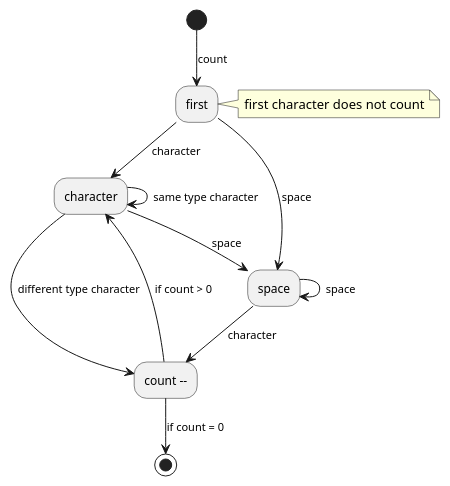
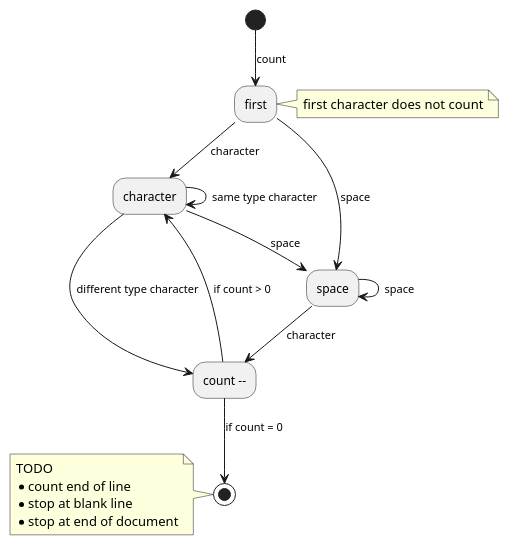
One commit to 74th/vscode-vim changed the diagram in src/motion/wordMorionStateModel/moveWord.plantuml. Above: the diagram before and after it, drawn with PlantUML. The commit also changed other lines of this file and 2 other files, not shown here.

```diff
--- a/src/motion/wordMorionStateModel/moveWord.plantuml
+++ b/src/motion/wordMorionStateModel/moveWord.plantuml
@@ -1,13 +1,19 @@
 @startuml
 (*) --> [count] first
 note right: first character does not count
 first --> [character] character
 first --> [space] space
 character --> [same type character] character
 character --> [space] space
 character -down-> [different type character] "count --"
 space -down-> [character] "count --"
 space -> [space] space
 "count --" -up-> [if count > 0 ] character
 "count --" --> [if count = 0 ] (*)
+note left
+TODO
+* count end of line
+* stop at blank line
+* stop at end of document
+end note
 @enduml
```
